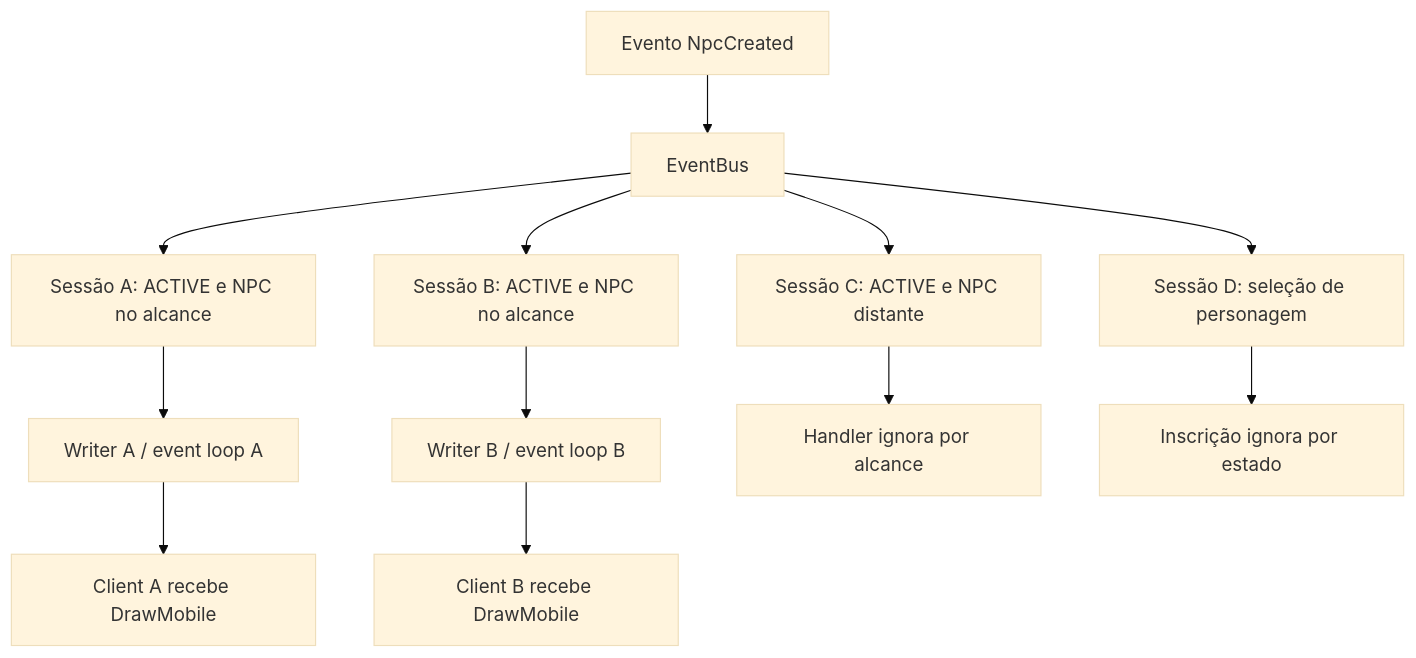
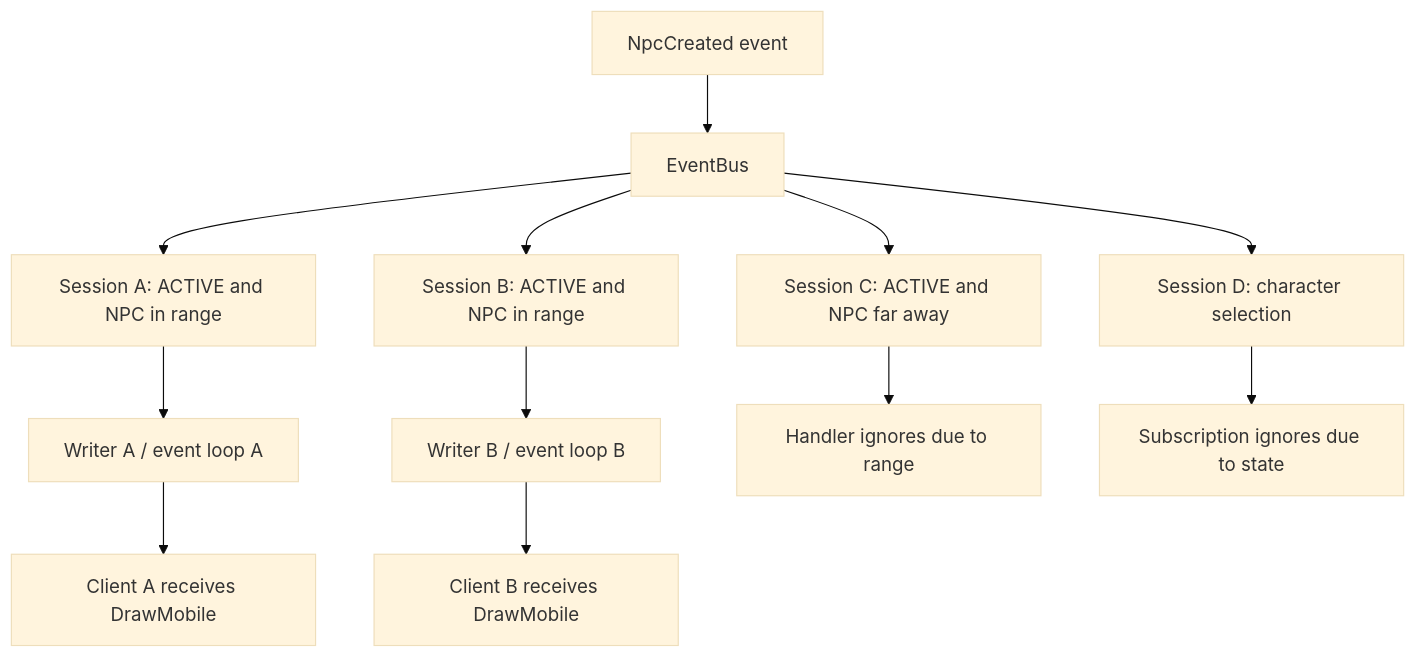
The fourth of 7 diagrams in docs/server-sessions.md (mayconr/juoforge-server), drawn with Mermaid (base theme) before and after one commit. The commit also changed other lines of this file and 97 other files, not shown here.

````diff
--- a/docs/server-sessions.md
+++ b/docs/server-sessions.md
@@ -131,14 +131,14 @@
 ```mermaid
 flowchart TD
-    Event[Evento NpcCreated] --> Bus[EventBus]
-    Bus --> A[Sessão A: ACTIVE e NPC no alcance]
-    Bus --> B[Sessão B: ACTIVE e NPC no alcance]
-    Bus --> C[Sessão C: ACTIVE e NPC distante]
-    Bus --> D[Sessão D: seleção de personagem]
+    Event[NpcCreated event] --> Bus[EventBus]
+    Bus --> A[Session A: ACTIVE and NPC in range]
+    Bus --> B[Session B: ACTIVE and NPC in range]
+    Bus --> C[Session C: ACTIVE and NPC far away]
+    Bus --> D[Session D: character selection]
     A --> WA[Writer A / event loop A]
     B --> WB[Writer B / event loop B]
-    WA --> CA[Client A recebe DrawMobile]
-    WB --> CB[Client B recebe DrawMobile]
-    C --> IgnoreC[Handler ignora por alcance]
-    D --> IgnoreD[Inscrição ignora por estado]
+    WA --> CA[Client A receives DrawMobile]
+    WB --> CB[Client B receives DrawMobile]
+    C --> IgnoreC[Handler ignores due to range]
+    D --> IgnoreD[Subscription ignores due to state]
 ```
````
